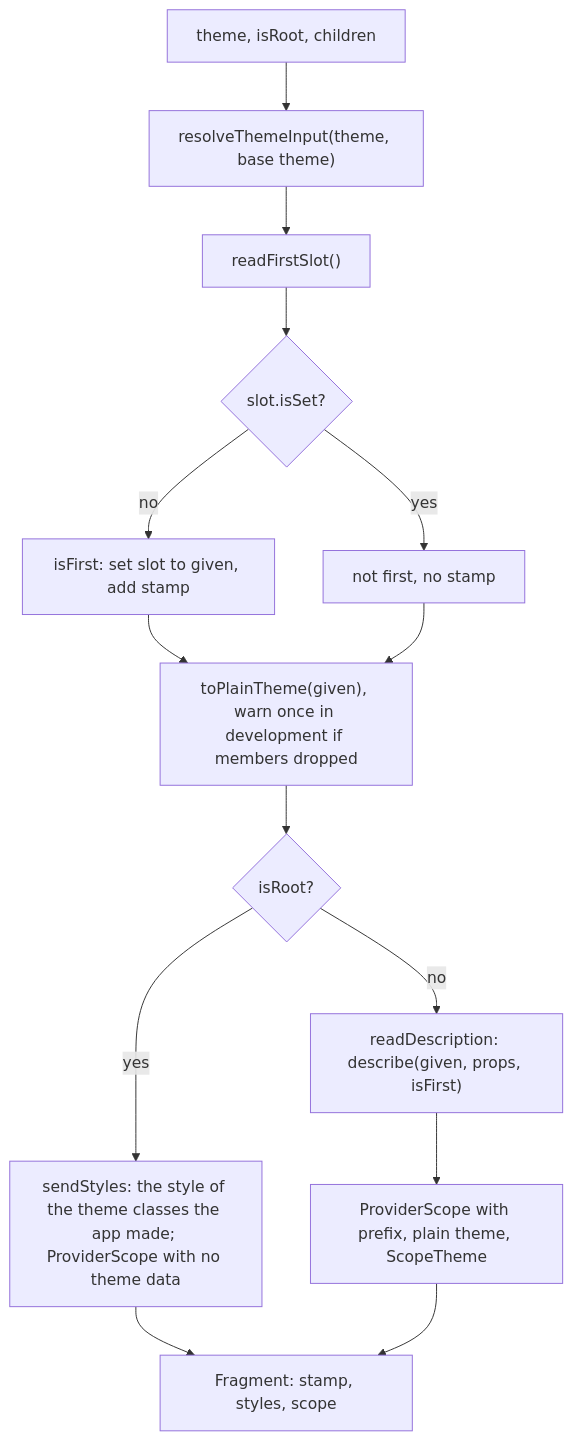
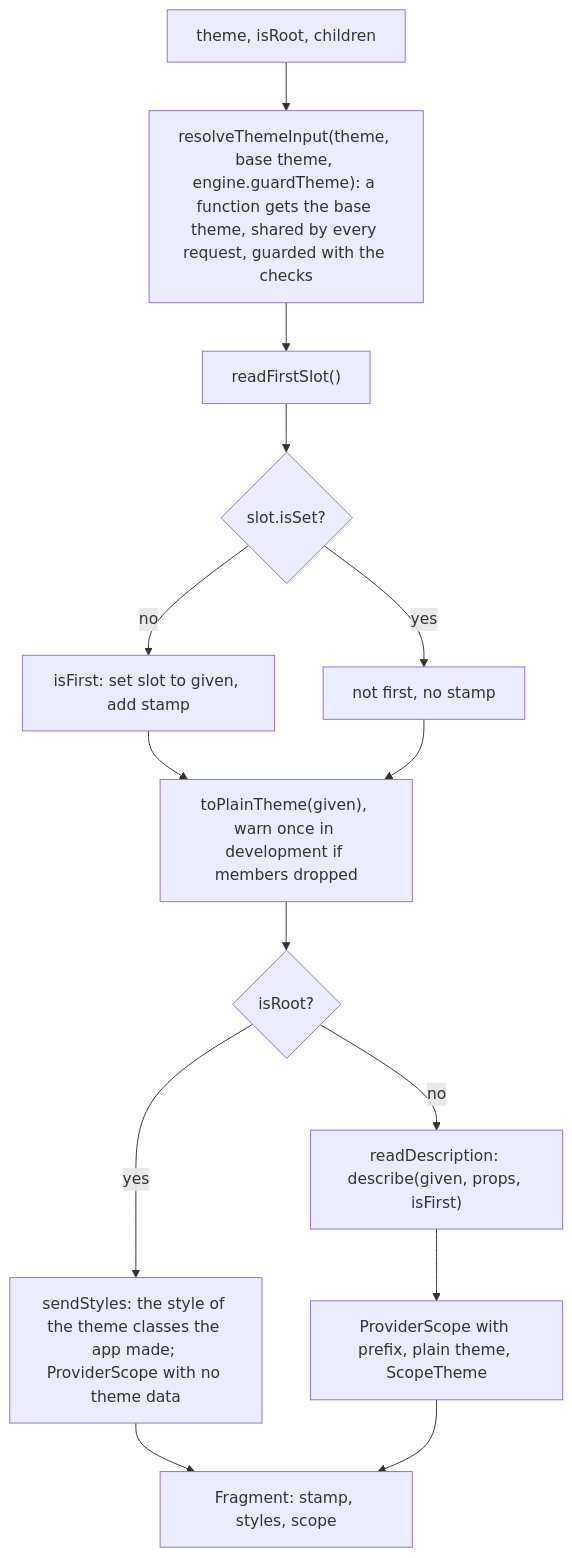
Before and after one commit to soroush-tech/umber-style: the first of 2 diagrams in packages/react/src/ThemeProvider.server.md, drawn with Mermaid. The commit also changed 50 other files, not shown here.

Commit message:
feat: the style functions of an element share one argument per render, the theme a function gets cannot be written in development, and the helpers the bindings share move to @umber-style/core/internal - close #69

````diff
--- a/packages/react/src/ThemeProvider.server.md
+++ b/packages/react/src/ThemeProvider.server.md
@@ -21,16 +21,16 @@
 ```mermaid
 flowchart TD
-  props["theme, isRoot, children"] --> resolve["resolveThemeInput(theme, base theme)"]
+  props["theme, isRoot, children"] --> resolve["resolveThemeInput(theme, base theme, engine.guardTheme): a function gets the base theme, shared by every request, guarded with the checks"]
   resolve --> slot["readFirstSlot()"]
   slot --> first{"slot.isSet?"}
   first -->|no| mark["isFirst: set slot to given, add stamp"]
   first -->|yes| later["not first, no stamp"]
   mark --> plain["toPlainTheme(given), warn once in development if members dropped"]
   later --> plain
   plain --> root{"isRoot?"}
   root -->|yes| rootOut["sendStyles: the style of the theme classes the app made; ProviderScope with no theme data"]
   root -->|no| describe["readDescription: describe(given, props, isFirst)"]
   describe --> scope["ProviderScope with prefix, plain theme, ScopeTheme"]
   rootOut --> frag["Fragment: stamp, styles, scope"]
   scope --> frag
 ```
````
